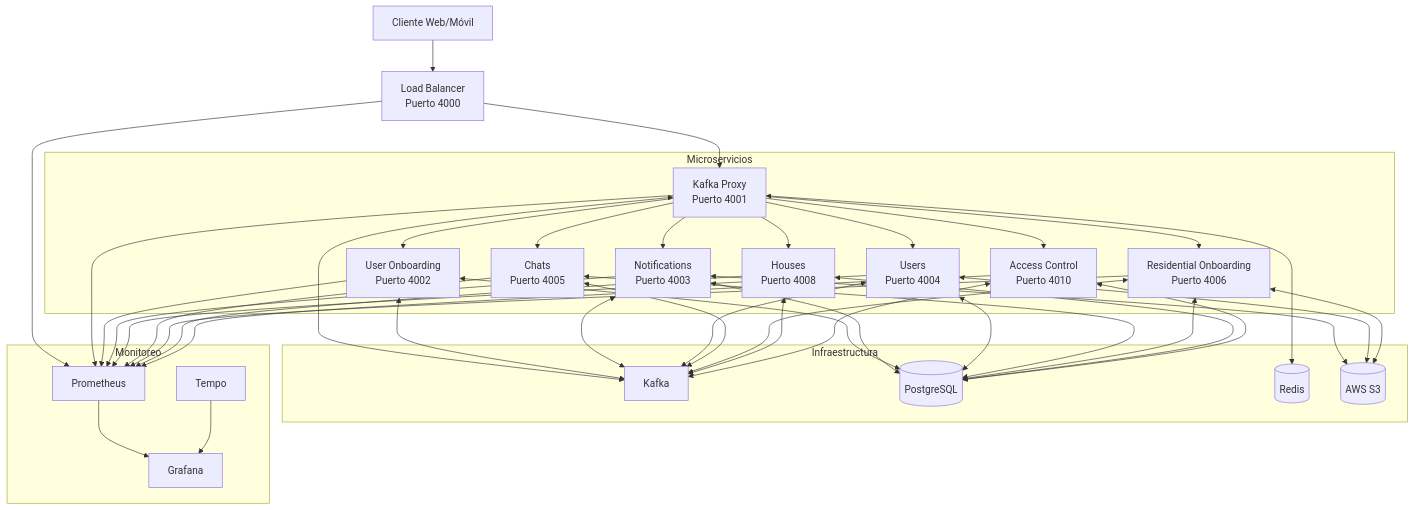
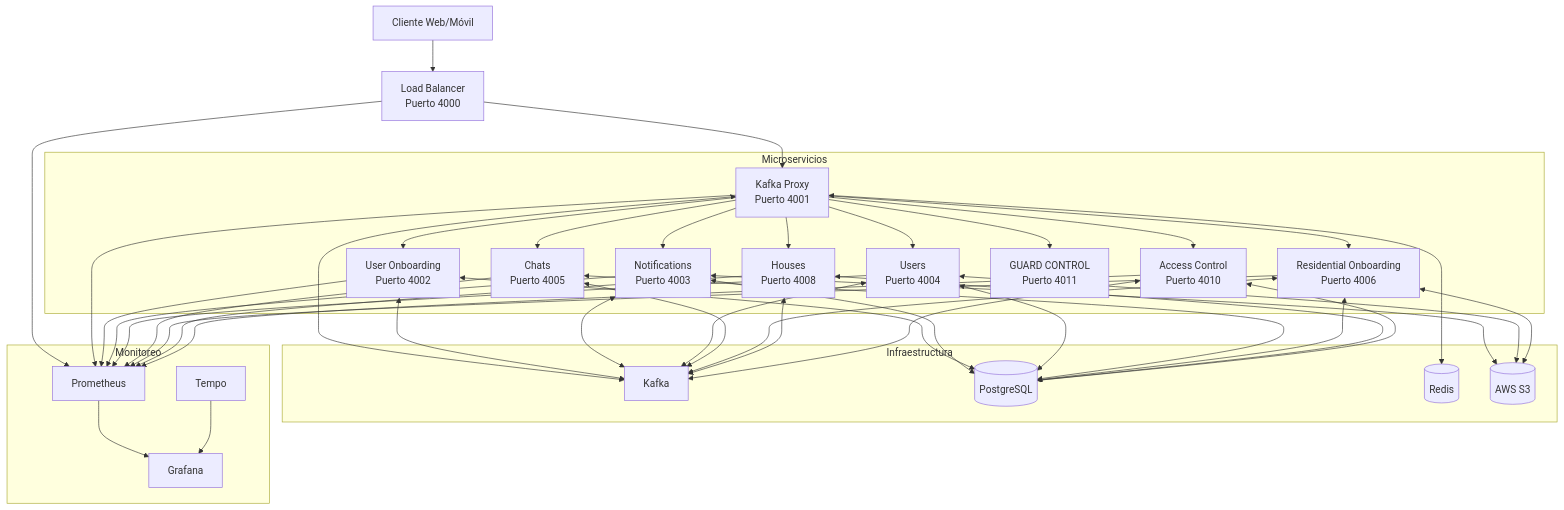
Before and after one commit to domus-club/wiki: the first of 6 diagrams in microservices.md, drawn with Mermaid.

````diff
--- a/microservices.md
+++ b/microservices.md
@@ -19,63 +19,64 @@
 ```mermaid
 flowchart TB
     Client[Cliente Web/Móvil] --> LB[Load Balancer<br>Puerto 4000]
     LB --> KP[Kafka Proxy<br>Puerto 4001]
 
     subgraph Microservicios
         KP --> UO[User Onboarding<br>Puerto 4002]
         KP --> NOT[Notifications<br>Puerto 4003]
         KP --> USR[Users<br>Puerto 4004]
         KP --> CHT[Chats<br>Puerto 4005]
         KP --> RO[Residential Onboarding<br>Puerto 4006]
         KP --> HOU[Houses<br>Puerto 4008]
         KP --> AC[Access Control<br>Puerto 4010]
+        KP --> GU[GUARD CONTROL<br>Puerto 4011]
     end
 
     subgraph "Infraestructura"
         KAF[Kafka]
         PG[(PostgreSQL)]
         RED[(Redis)]
         S3[(AWS S3)]
     end
 
     KP <--> KAF
     UO <--> KAF
     NOT <--> KAF
     USR <--> KAF
     CHT <--> KAF
     RO <--> KAF
     HOU <--> KAF
     AC <--> KAF
 
     UO <--> PG
     NOT <--> PG
     USR <--> PG
     CHT <--> PG
     RO <--> PG
     HOU <--> PG
     AC <--> PG
 
     KP <--> RED
     NOT <--> S3
     USR <--> S3
     RO <--> S3
 
     subgraph Monitoreo
         PROM[Prometheus]
         GRAF[Grafana]
         TEMPO[Tempo]
     end
 
     LB --> PROM
     KP --> PROM
     UO --> PROM
     NOT --> PROM
     USR --> PROM
     CHT --> PROM
     RO --> PROM
     HOU --> PROM
     AC --> PROM
 
     PROM --> GRAF
     TEMPO --> GRAF
 ```
````
